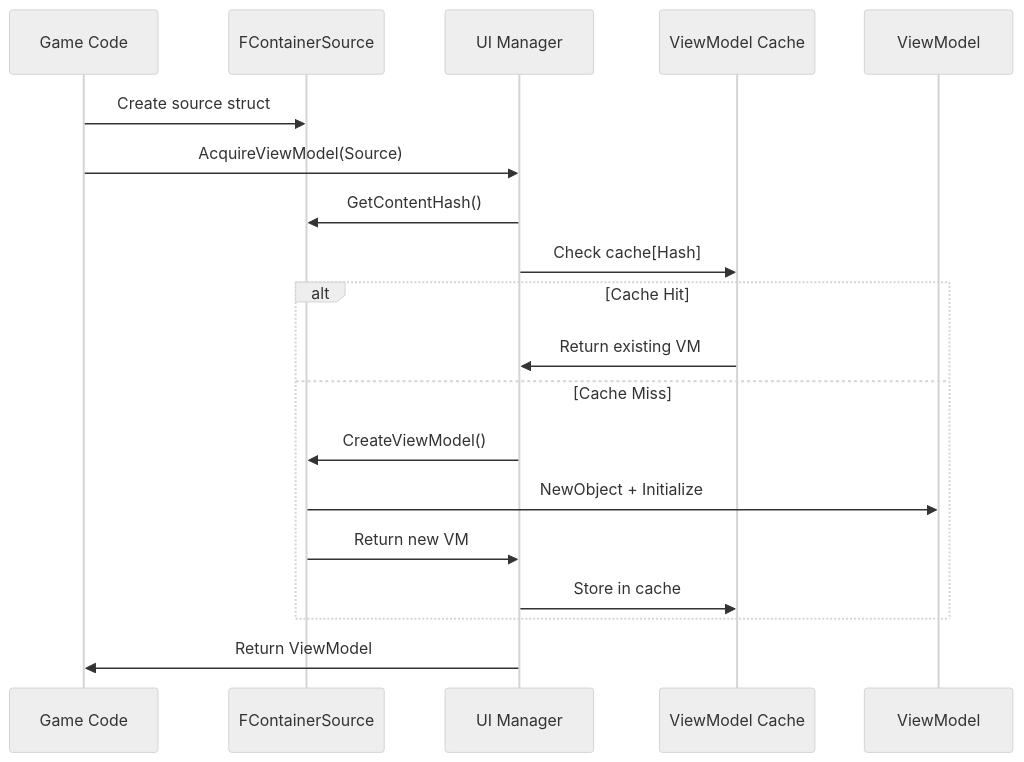
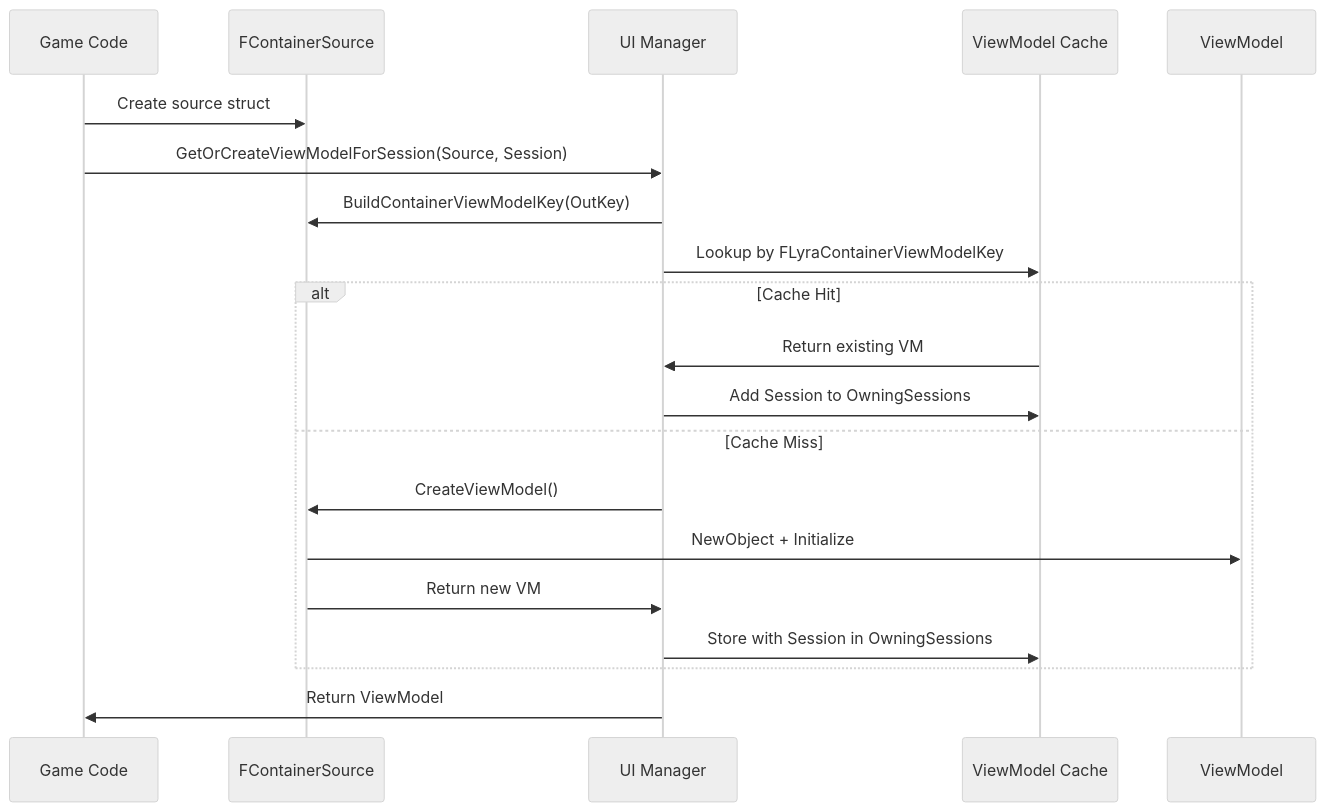
Before and after one commit to outliyr/outliyr-docs: the second of 2 diagrams in outliyr-framework/docs/base-lyra-modified/ui/item-container-ui-system/core-architecture-and-data-structures/polymorphic-container-sources.md, drawn with Mermaid (neutral theme). The commit also changed other lines of this file and 228 other files, not shown here.

````diff
--- a/outliyr-framework/docs/base-lyra-modified/ui/item-container-ui-system/core-architecture-and-data-structures/polymorphic-container-sources.md
+++ b/outliyr-framework/docs/base-lyra-modified/ui/item-container-ui-system/core-architecture-and-data-structures/polymorphic-container-sources.md
@@ -272,22 +282,23 @@
 ```mermaid
 sequenceDiagram
     participant Code as Game Code
     participant Source as FContainerSource
     participant Manager as UI Manager
     participant Cache as ViewModel Cache
     participant VM as ViewModel
 
     Code->>Source: Create source struct
-    Code->>Manager: AcquireViewModel(Source)
-    Manager->>Source: GetContentHash()
-    Manager->>Cache: Check cache[Hash]
+    Code->>Manager: GetOrCreateViewModelForSession(Source, Session)
+    Manager->>Source: BuildContainerViewModelKey(OutKey)
+    Manager->>Cache: Lookup by FLyraContainerViewModelKey
     alt Cache Hit
         Cache->>Manager: Return existing VM
+        Manager->>Cache: Add Session to OwningSessions
     else Cache Miss
         Manager->>Source: CreateViewModel()
         Source->>VM: NewObject + Initialize
         Source->>Manager: Return new VM
-        Manager->>Cache: Store in cache
+        Manager->>Cache: Store with Session in OwningSessions
     end
     Manager->>Code: Return ViewModel
 ```
````
